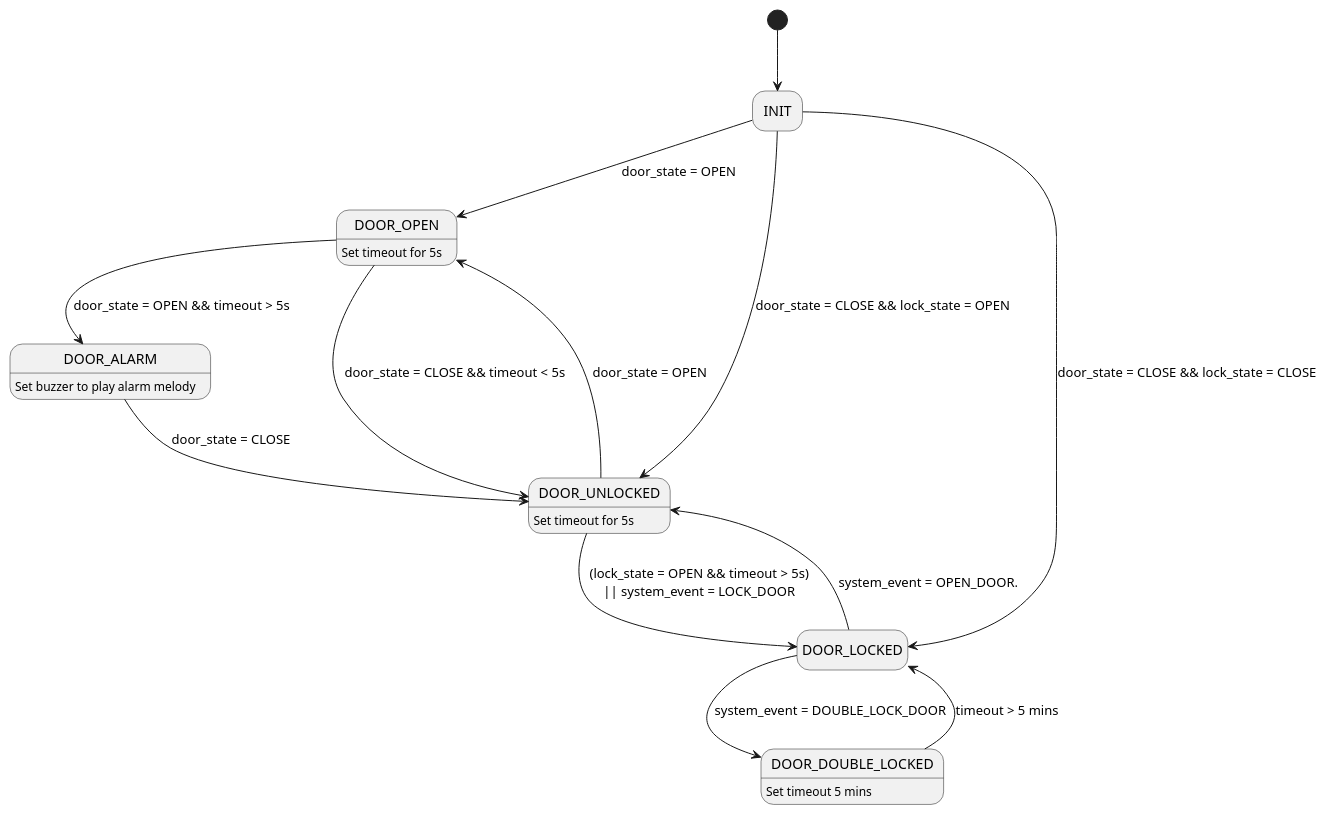
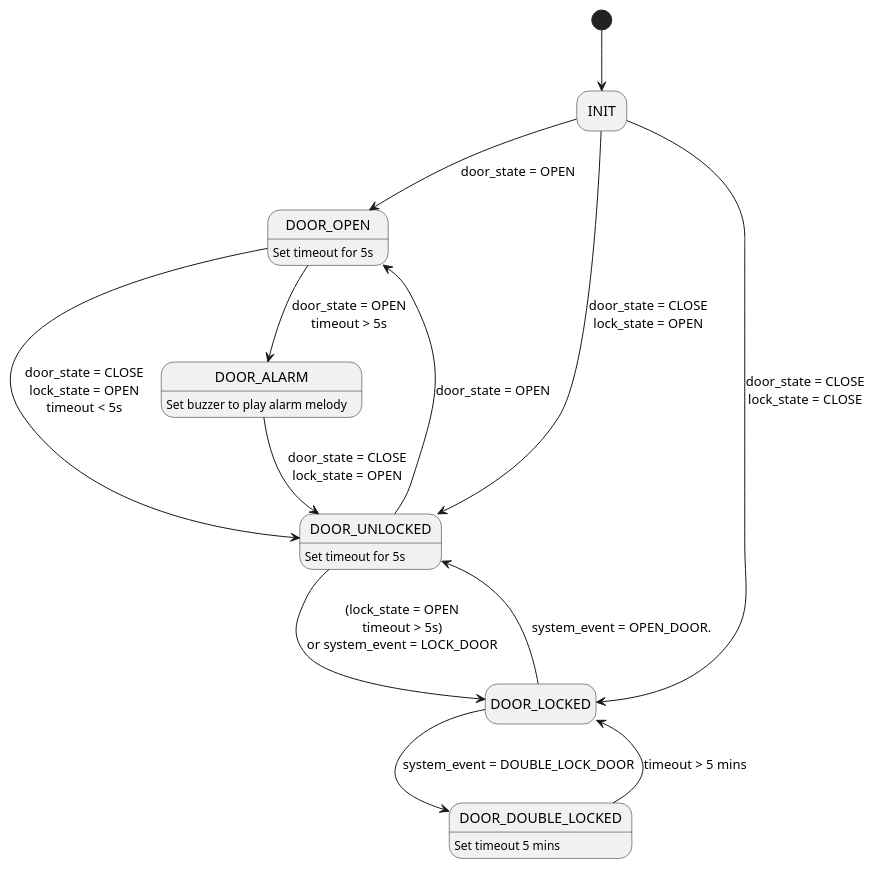
The diagram in final_project/document/system_lock_state.plantuml (PDucMinh/Smart-Lock-ITRVN), drawn with PlantUML before and after one commit.

Commit message:
docs: update for state diagram of sys_lockstate

```diff
--- a/final_project/document/system_lock_state.plantuml
+++ b/final_project/document/system_lock_state.plantuml
@@ -1,22 +1,23 @@
 @startuml
 hide empty description
 
 [*] --> INIT
 INIT --> DOOR_OPEN : door_state = OPEN
+INIT --> DOOR_UNLOCKED : door_state = CLOSE\nlock_state = OPEN
+INIT --> DOOR_LOCKED : door_state = CLOSE\nlock_state = CLOSE
 DOOR_OPEN : Set timeout for 5s
-DOOR_OPEN --> DOOR_ALARM : door_state = OPEN && timeout > 5s
+DOOR_OPEN --> DOOR_ALARM : door_state = OPEN\ntimeout > 5s
 DOOR_ALARM : Set buzzer to play alarm melody
-DOOR_ALARM --> DOOR_UNLOCKED : door_state = CLOSE
-DOOR_OPEN --> DOOR_UNLOCKED : door_state = CLOSE && timeout < 5s
-INIT --> DOOR_UNLOCKED : door_state = CLOSE && lock_state = OPEN
-INIT --> DOOR_LOCKED : door_state = CLOSE && lock_state = CLOSE
+DOOR_ALARM --> DOOR_UNLOCKED : door_state = CLOSE\nlock_state = OPEN
+DOOR_OPEN --> DOOR_UNLOCKED : door_state = CLOSE\nlock_state = OPEN\ntimeout < 5s
+
 DOOR_UNLOCKED : Set timeout for 5s
 DOOR_UNLOCKED --> DOOR_OPEN : door_state = OPEN
-DOOR_UNLOCKED --> DOOR_LOCKED : (lock_state = OPEN && timeout > 5s)\n|| system_event = LOCK_DOOR
+DOOR_UNLOCKED --> DOOR_LOCKED : (lock_state = OPEN\ntimeout > 5s)\nor system_event = LOCK_DOOR
 DOOR_LOCKED --> DOOR_UNLOCKED : system_event = OPEN_DOOR.
 DOOR_LOCKED --> DOOR_DOUBLE_LOCKED : system_event = DOUBLE_LOCK_DOOR
 DOOR_DOUBLE_LOCKED : Set timeout 5 mins
 DOOR_DOUBLE_LOCKED --> DOOR_LOCKED : timeout > 5 mins
 
 
 @enduml
```
